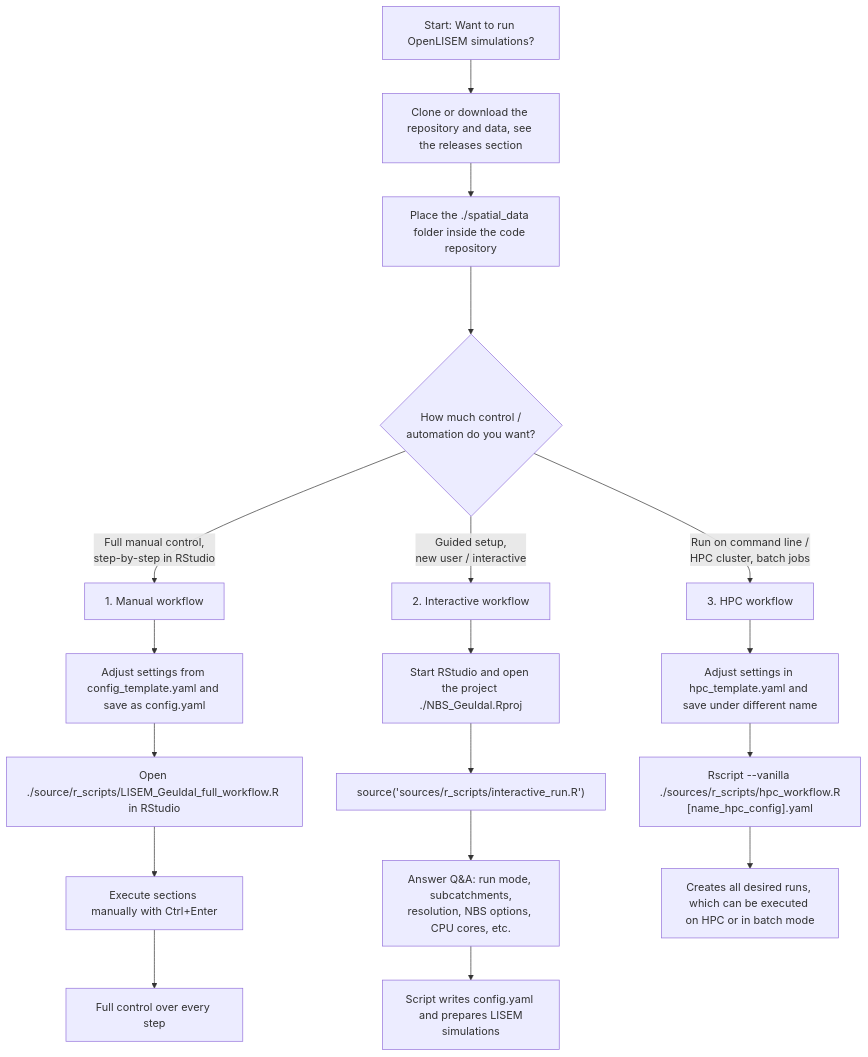
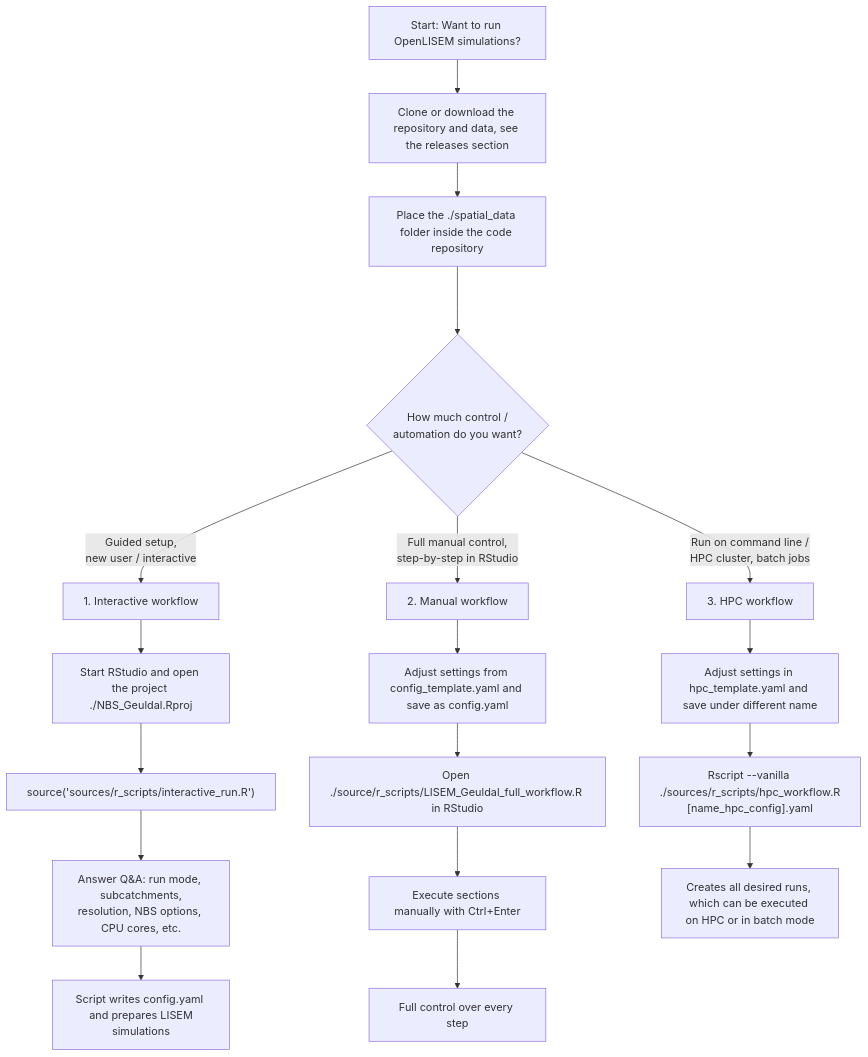
One commit to mcommelin/Geuldal_NBS_simulations changed the diagram in README.md. Above: the diagram before and after it, drawn with Mermaid.

Commit message:
Reorder workflow options in README

````diff
--- a/README.md
+++ b/README.md
@@ -41,25 +41,25 @@
 ```mermaid
 flowchart TD
     A[Start: Want to run OpenLISEM simulations?] -->A1[Clone or download the repository and data, see the releases section]
 
     A1 --> A2[Place the ./spatial_data folder inside the code repository]
     A2 ---> B{How much control /<br/>automation do you want?}
 
-    B -->|Full manual control, <br/> step-by-step in RStudio| C[1. Manual workflow]
-    B -->|Guided setup, <br/> new user / interactive| D[2. Interactive workflow]
+    B -->|Guided setup, <br/> new user / interactive| D[1. Interactive workflow]
+    B -->|Full manual control, <br/> step-by-step in RStudio| C[2. Manual workflow]
     B -->|Run on command line /<br/> HPC cluster, batch jobs| E[3. HPC workflow]
 
     C --> C1[Adjust settings from config_template.yaml and save as config.yaml]
     C1 --> C2[Open ./source/r_scripts/LISEM_Geuldal_full_workflow.R in RStudio]
     C2 --> C3[Execute sections manually with Ctrl+Enter]
     C3 --> C4[Full control over every step]
 
     D --> D1[Start RStudio and open the project ./NBS_Geuldal.Rproj]
     D1 --> D2["source('sources/r_scripts/interactive_run.R')"]
     D2 --> D3[Answer Q&A: run mode, subcatchments,<br/>resolution, NBS options, CPU cores, etc.]
     D3 --> D4[Script writes config.yaml <br/> and prepares LISEM simulations]
 
     E --> E1[Adjust settings in hpc_template.yaml and save under different name]
     E1 --> E2["Rscript --vanilla ./sources/r_scripts/hpc_workflow.R<br/>[name_hpc_config].yaml"]
     E2 --> E3[Creates all desired runs, which can be executed on HPC or in batch mode]
 ```
````
